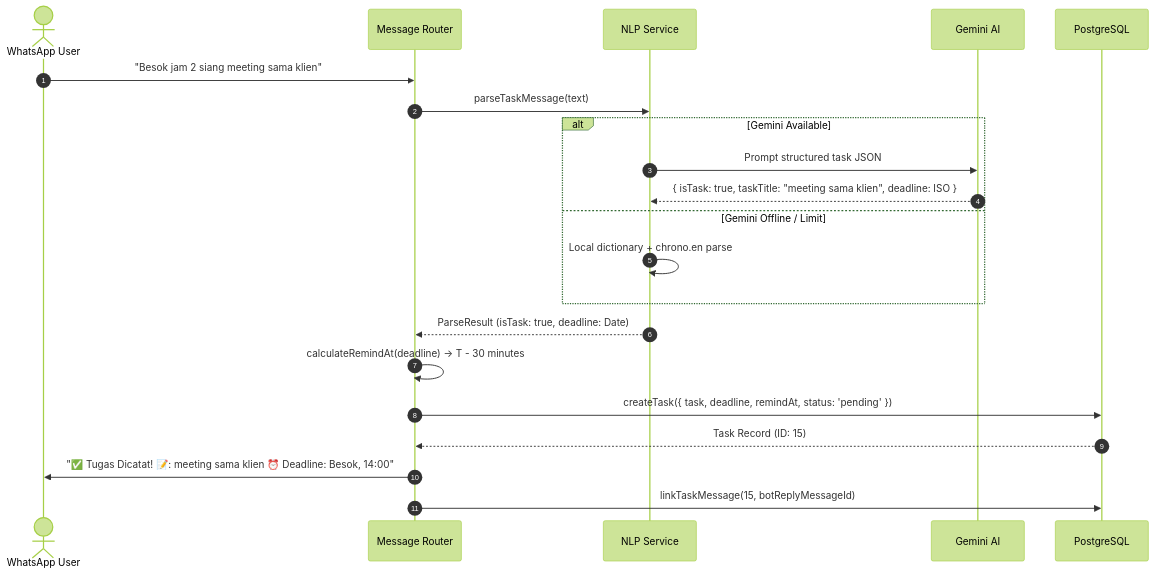
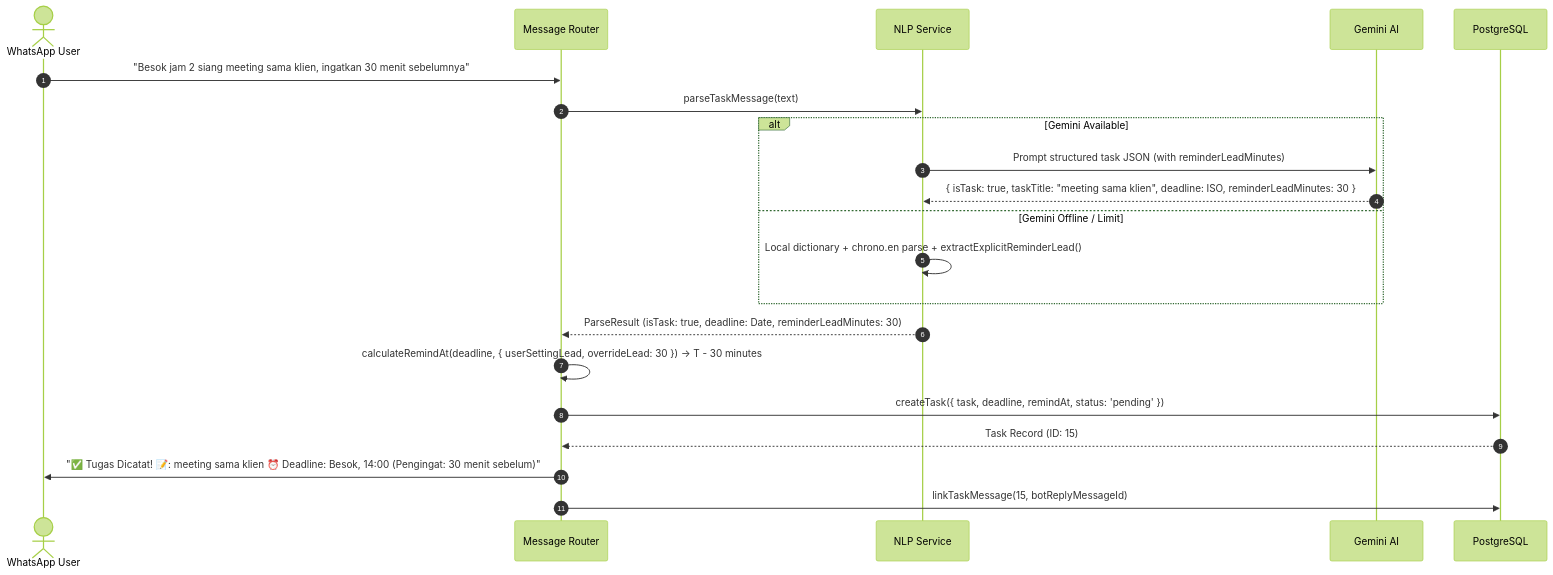
One commit to kevadamar/wabot-reminder changed the second of 5 diagrams in docs/ARCHITECTURE.md. Above: the diagram before and after it, drawn with Mermaid (forest theme). The commit also changed other lines of this file and 1 other file, not shown here.

Commit message:
docs: update README and ARCHITECTURE with pagination, admin reschedule, and per-task reminder lead

````diff
--- a/docs/ARCHITECTURE.md
+++ b/docs/ARCHITECTURE.md
@@ -82,26 +82,26 @@
 ```mermaid
 sequenceDiagram
     autonumber
     actor User as WhatsApp User
     participant Router as Message Router
     participant NLP as NLP Service
     participant Gemini as Gemini AI
     participant DB as PostgreSQL
     
-    User->>Router: "Besok jam 2 siang meeting sama klien"
+    User->>Router: "Besok jam 2 siang meeting sama klien, ingatkan 30 menit sebelumnya"
     Router->>NLP: parseTaskMessage(text)
     
     alt Gemini Available
-        NLP->>Gemini: Prompt structured task JSON
-        Gemini-->>NLP: { isTask: true, taskTitle: "meeting sama klien", deadline: ISO }
+        NLP->>Gemini: Prompt structured task JSON (with reminderLeadMinutes)
+        Gemini-->>NLP: { isTask: true, taskTitle: "meeting sama klien", deadline: ISO, reminderLeadMinutes: 30 }
     else Gemini Offline / Limit
-        NLP->>NLP: Local dictionary + chrono.en parse
+        NLP->>NLP: Local dictionary + chrono.en parse + extractExplicitReminderLead()
     end
     
-    NLP-->>Router: ParseResult (isTask: true, deadline: Date)
-    Router->>Router: calculateRemindAt(deadline) -> T - 30 minutes
+    NLP-->>Router: ParseResult (isTask: true, deadline: Date, reminderLeadMinutes: 30)
+    Router->>Router: calculateRemindAt(deadline, { userSettingLead, overrideLead: 30 }) -> T - 30 minutes
     Router->>DB: createTask({ task, deadline, remindAt, status: 'pending' })
     DB-->>Router: Task Record (ID: 15)
-    Router->>User: "✅ Tugas Dicatat! 📝: meeting sama klien ⏰ Deadline: Besok, 14:00"
+    Router->>User: "✅ Tugas Dicatat! 📝: meeting sama klien ⏰ Deadline: Besok, 14:00 (Pengingat: 30 menit sebelum)"
     Router->>DB: linkTaskMessage(15, botReplyMessageId)
 ```
````
